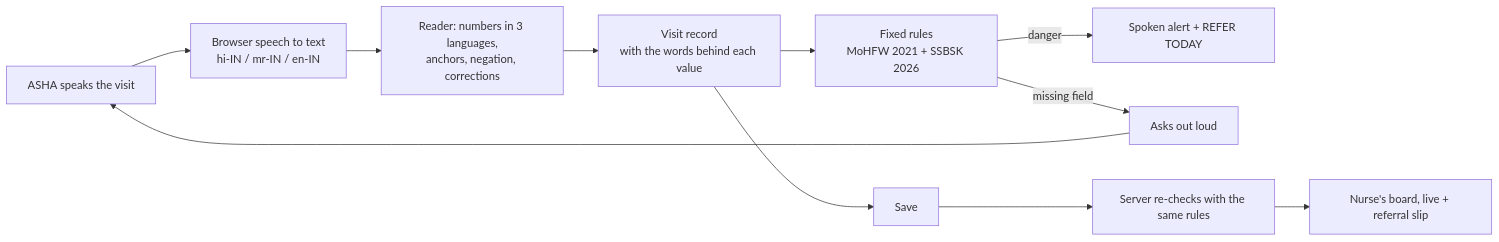
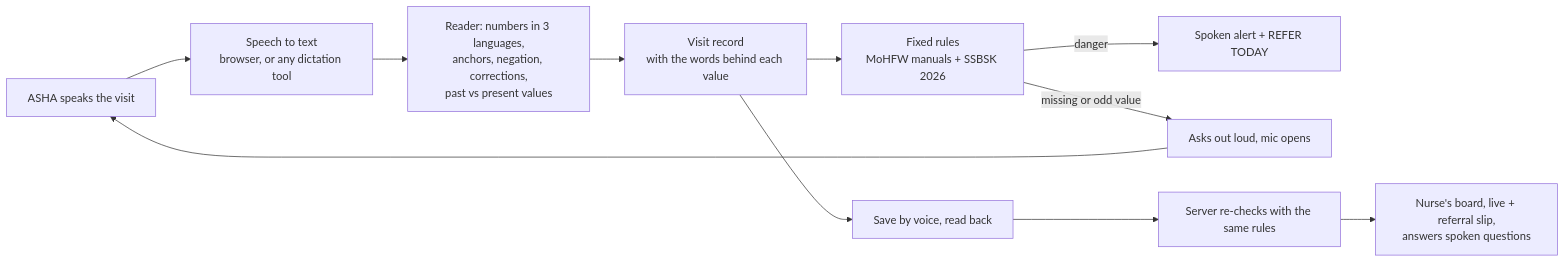
The diagram in README.md (RohanGlitched/ghar-bhet), drawn with Mermaid before and after one commit. The commit also changed other lines of this file and 46 other files, not shown here.

Commit message:
Fix the judges' round-1 findings: 64 cited rules, a sturdier reader, a hands-free voice loop, a safer server, and honest wording

````diff
--- a/README.md
+++ b/README.md
@@ -67,13 +81,13 @@
 ```mermaid
 flowchart LR
-  A[ASHA speaks the visit] --> B[Browser speech to text<br/>hi-IN / mr-IN / en-IN]
-  B --> C[Reader: numbers in 3 languages,<br/>anchors, negation, corrections]
+  A[ASHA speaks the visit] --> B[Speech to text<br/>browser, or any dictation tool]
+  B --> C[Reader: numbers in 3 languages,<br/>anchors, negation, corrections,<br/>past vs present values]
   C --> D[Visit record<br/>with the words behind each value]
-  D --> E[Fixed rules<br/>MoHFW 2021 + SSBSK 2026]
+  D --> E[Fixed rules<br/>MoHFW manuals + SSBSK 2026]
   E -->|danger| F[Spoken alert + REFER TODAY]
-  E -->|missing field| G[Asks out loud]
+  E -->|missing or odd value| G[Asks out loud, mic opens]
   G --> A
-  D --> H[Save]
+  D --> H[Save by voice, read back]
   H --> I[Server re-checks with the same rules]
-  I --> J[Nurse's board, live + referral slip]
+  I --> J[Nurse's board, live + referral slip,<br/>answers spoken questions]
 ```
````
